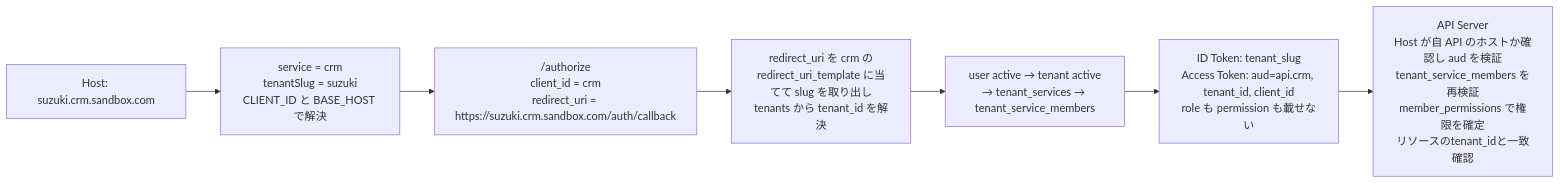
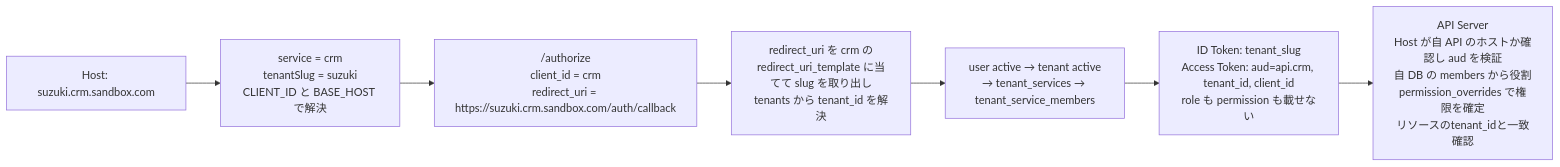
Before and after one commit to daisuke-tanabe/multi-domain-sandbox: the second of 2 diagrams in docs/design/01-system-architecture.md, drawn with Mermaid. The commit also changed other lines of this file and 97 other files, not shown here.

````diff
--- a/docs/design/01-system-architecture.md
+++ b/docs/design/01-system-architecture.md
@@ -125,9 +129,9 @@
 ```mermaid
 flowchart LR
     Host["Host: suzuki.crm.sandbox.com"] --> Resolve["service = crm<br/>tenantSlug = suzuki<br/>CLIENT_ID と BASE_HOST で解決"]
     Resolve --> Req["/authorize<br/>client_id = crm<br/>redirect_uri = https://suzuki.crm.sandbox.com/auth/callback"]
     Req --> Tenant["redirect_uri を crm の<br/>redirect_uri_template に当てて slug を取り出し<br/>tenants から tenant_id を解決"]
     Tenant --> Check["user active → tenant active<br/>→ tenant_services → tenant_service_members"]
     Check --> Token["ID Token: tenant_slug<br/>Access Token: aud=api.crm, tenant_id, client_id<br/>role も permission も載せない"]
-    Token --> Api["API Server<br/>Host が自 API のホストか確認し aud を検証<br/>tenant_service_members を再検証<br/>member_permissions で権限を確定<br/>リソースのtenant_idと一致確認"]
+    Token --> Api["API Server<br/>Host が自 API のホストか確認し aud を検証<br/>自 DB の members から役割<br/>permission_overrides で権限を確定<br/>リソースのtenant_idと一致確認"]
 ```
````
